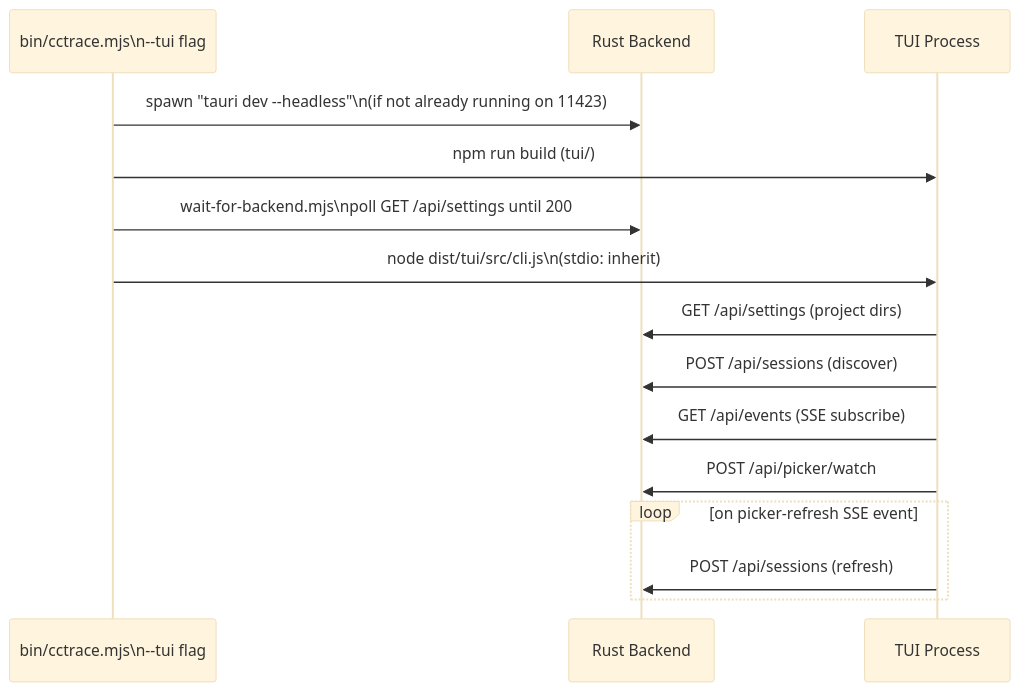
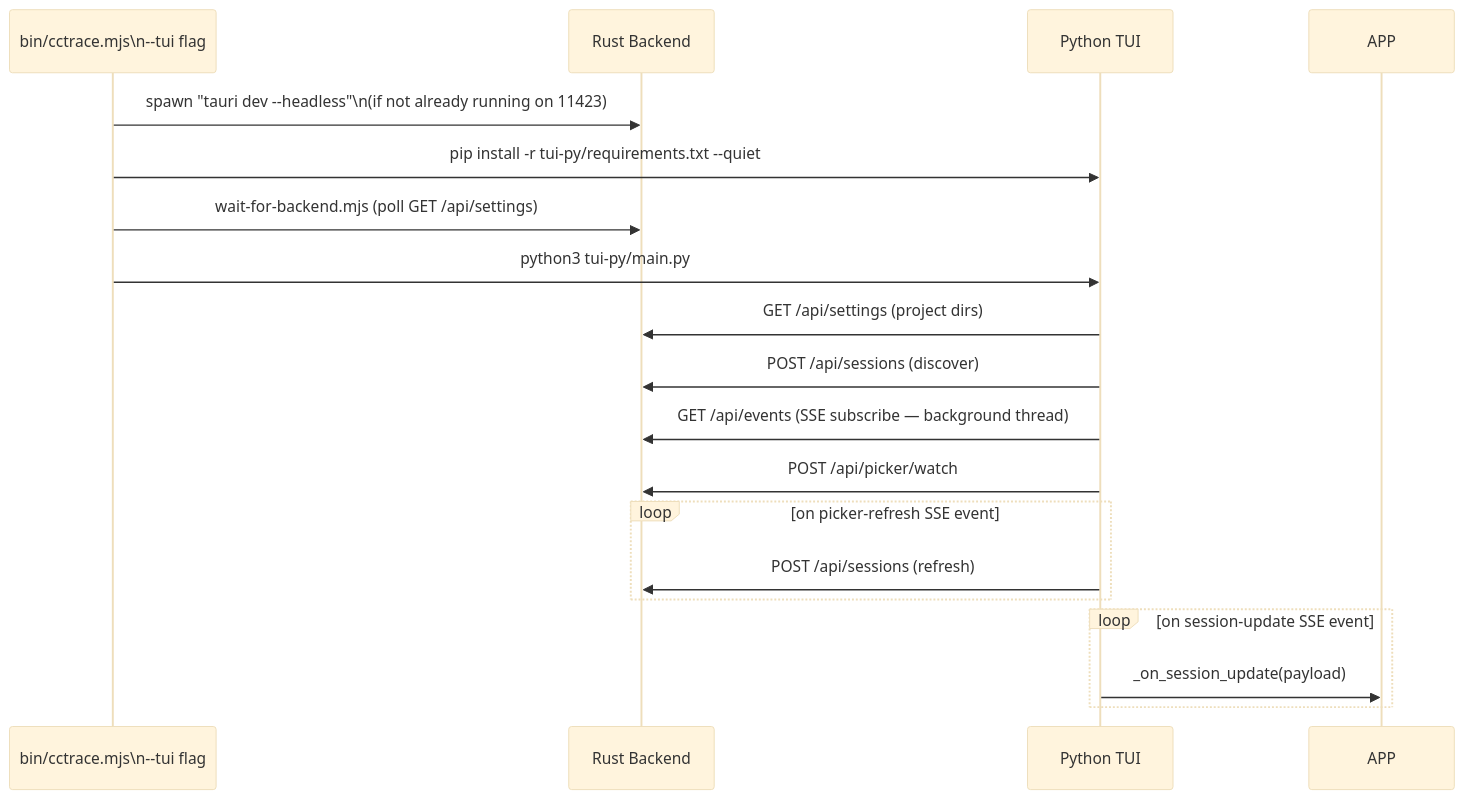
One commit to delexw/claude-code-trace changed the second of 11 diagrams in specs/06-tui.md. Above: the diagram before and after it, drawn with Mermaid (base theme). The commit also changed other lines of this file and 72 other files, not shown here.

First line of the commit message:
feat(tui-py): migrate TUI to Python/Textual; add tests + polish

````diff
--- a/specs/06-tui.md
+++ b/specs/06-tui.md
@@ -39,20 +44,24 @@
 ```mermaid
 sequenceDiagram
     participant BIN as bin/cctrace.mjs\n--tui flag
     participant BE as Rust Backend
-    participant TUI as TUI Process
+    participant TUI as Python TUI
 
     BIN ->> BE: spawn "tauri dev --headless"\n(if not already running on 11423)
-    BIN ->> TUI: npm run build (tui/)
-    BIN ->> BE: wait-for-backend.mjs\npoll GET /api/settings until 200
-    BIN ->> TUI: node dist/tui/src/cli.js\n(stdio: inherit)
+    BIN ->> TUI: pip install -r tui-py/requirements.txt --quiet
+    BIN ->> BE: wait-for-backend.mjs (poll GET /api/settings)
+    BIN ->> TUI: python3 tui-py/main.py
 
     TUI ->> BE: GET /api/settings (project dirs)
     TUI ->> BE: POST /api/sessions (discover)
-    TUI ->> BE: GET /api/events (SSE subscribe)
+    TUI ->> BE: GET /api/events (SSE subscribe — background thread)
     TUI ->> BE: POST /api/picker/watch
 
     loop on picker-refresh SSE event
         TUI ->> BE: POST /api/sessions (refresh)
     end
+
+    loop on session-update SSE event
+        TUI ->> APP: _on_session_update(payload)
+    end
 ```
````
